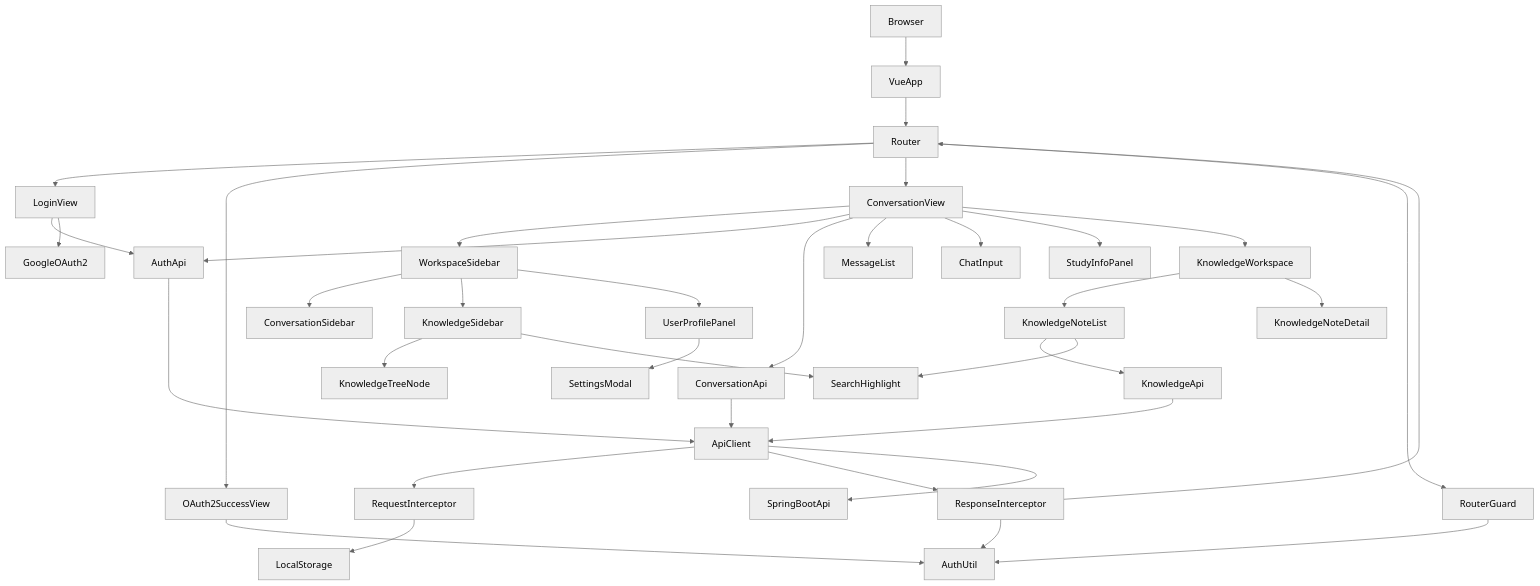
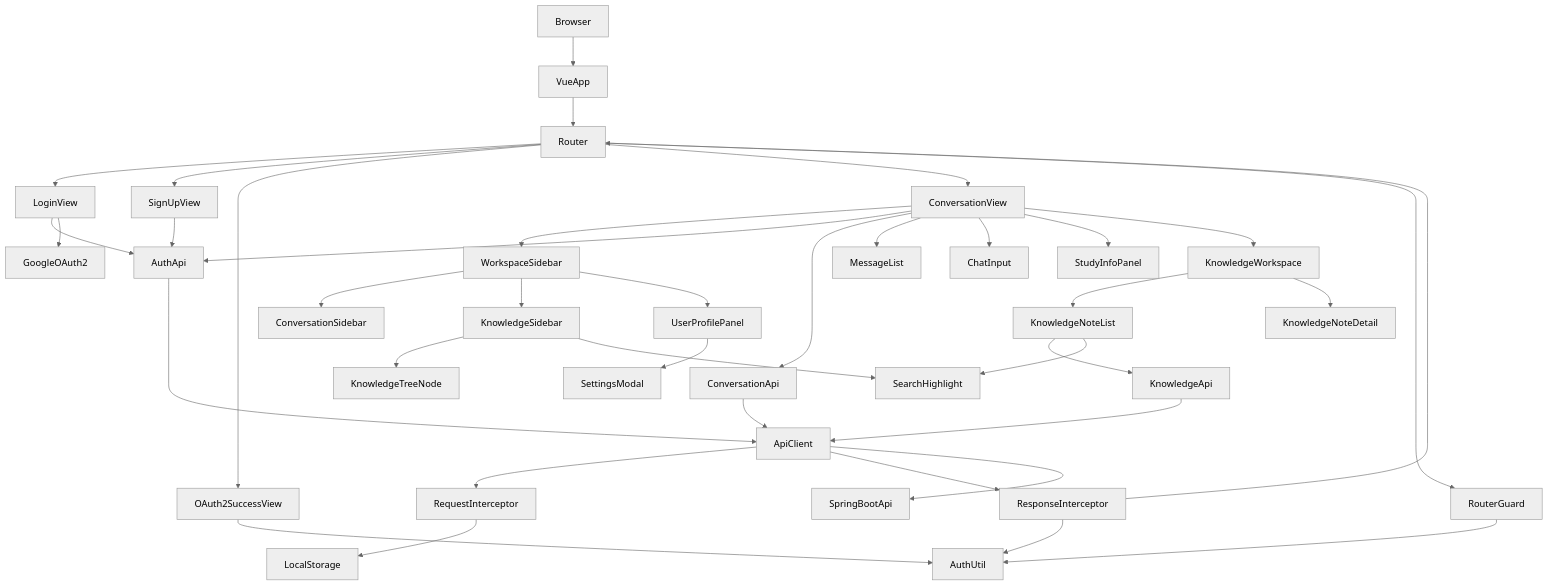
Before and after one commit to keunoh/feldbuch: the fifth of 5 diagrams in docs/FELDBUCH_DEVELOPMENT_DOCUMENTATION.md, drawn with Mermaid (neutral theme). The commit also changed other lines of this file and 3 other files, not shown here.

````diff
--- a/docs/FELDBUCH_DEVELOPMENT_DOCUMENTATION.md
+++ b/docs/FELDBUCH_DEVELOPMENT_DOCUMENTATION.md
@@ -248,42 +254,44 @@
 ```mermaid
 flowchart TD
     Browser --> VueApp
     VueApp --> Router
     Router --> LoginView
+    Router --> SignUpView
     Router --> OAuth2SuccessView
     Router --> ConversationView
     Router --> RouterGuard
     RouterGuard --> AuthUtil
 
     LoginView --> AuthApi
     LoginView --> GoogleOAuth2
+    SignUpView --> AuthApi
     OAuth2SuccessView --> AuthUtil
     ConversationView --> WorkspaceSidebar
     ConversationView --> AuthApi
     WorkspaceSidebar --> ConversationSidebar
     WorkspaceSidebar --> KnowledgeSidebar
     WorkspaceSidebar --> UserProfilePanel
     UserProfilePanel --> SettingsModal
     KnowledgeSidebar --> KnowledgeTreeNode
 
     ConversationView --> ConversationApi
     ConversationView --> MessageList
     ConversationView --> ChatInput
     ConversationView --> StudyInfoPanel
     ConversationView --> KnowledgeWorkspace
     KnowledgeWorkspace --> KnowledgeNoteList
     KnowledgeWorkspace --> KnowledgeNoteDetail
     KnowledgeNoteList --> KnowledgeApi
     KnowledgeNoteList --> SearchHighlight
     KnowledgeSidebar --> SearchHighlight
 
     AuthApi --> ApiClient
     ConversationApi --> ApiClient
     KnowledgeApi --> ApiClient
     ApiClient --> RequestInterceptor
     ApiClient --> ResponseInterceptor
     RequestInterceptor --> LocalStorage
     ResponseInterceptor --> AuthUtil
     ResponseInterceptor --> Router
     ApiClient --> SpringBootApi
 ```
````
